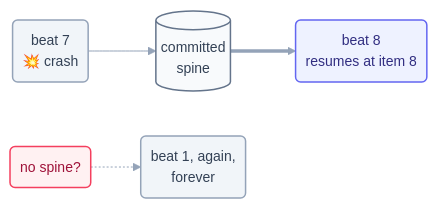
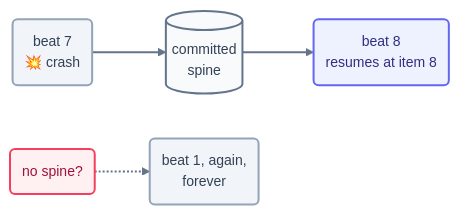
The diagram in docs/06-part-4-the-spine/README.md (ayeshakhalid192007-dev/LoopEngineering-CrashCourse), drawn with Mermaid before and after one commit. The commit also changed 66 other files, not shown here.

First line of the commit message:
docs(diagrams): bolden and unify all 70 mermaid diagrams

````diff
--- a/docs/06-part-4-the-spine/README.md
+++ b/docs/06-part-4-the-spine/README.md
@@ -15,11 +15,12 @@
 ```mermaid
-%%{init: {'theme':'base','themeVariables':{'fontFamily':'ui-sans-serif, system-ui, sans-serif','fontSize':'14px','lineColor':'#94a3b8'},'flowchart':{'curve':'basis','nodeSpacing':45,'rankSpacing':50,'padding':10}}}%%
+%%{init: {'theme':'base','themeVariables':{'fontFamily':'ui-sans-serif, system-ui, sans-serif','fontSize':'14px','lineColor':'#64748b','edgeLabelBackground':'#f8fafc'},'flowchart':{'curve':'basis','nodeSpacing':45,'rankSpacing':55,'padding':12}}}%%
 flowchart LR
     B7("beat 7<br/>💥 crash"):::stop --> SP[("committed<br/>spine")]:::file
     SP ==> B8("beat 8<br/>resumes at item 8"):::beat
     NOSP("no spine?"):::limit -.-> B1("beat 1, again,<br/>forever"):::stop
-    classDef stop fill:#f1f5f9,stroke:#94a3b8,stroke-width:1.5px,color:#334155;
-    classDef file fill:#f8fafc,stroke:#64748b,stroke-width:1.5px,color:#334155;
-    classDef beat fill:#eef2ff,stroke:#6366f1,stroke-width:1.5px,color:#312e81;
-    classDef limit fill:#fff1f2,stroke:#f43f5e,stroke-width:1.5px,color:#9f1239;
+    linkStyle default stroke:#64748b,stroke-width:2px;
+    classDef stop fill:#f1f5f9,stroke:#94a3b8,stroke-width:2px,color:#334155;
+    classDef file fill:#f8fafc,stroke:#64748b,stroke-width:2px,color:#334155;
+    classDef beat fill:#eef2ff,stroke:#6366f1,stroke-width:2px,color:#312e81;
+    classDef limit fill:#fff1f2,stroke:#f43f5e,stroke-width:2px,color:#9f1239;
 ```
````
